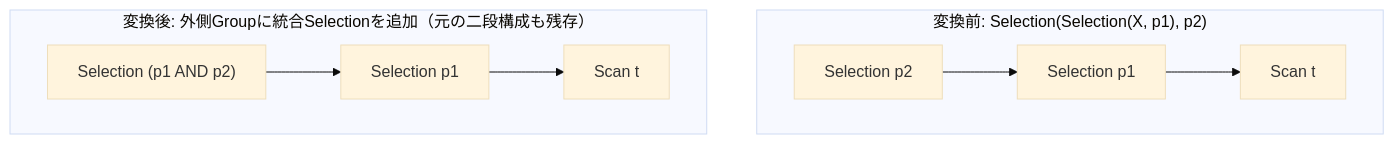
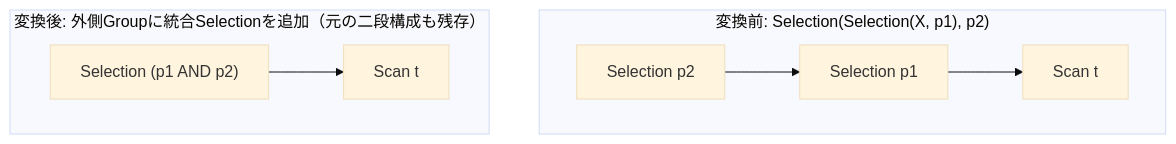
One commit to kumagi/tinylamb changed the diagram in docs/opt/part2-rules/logical/merge_selections.md. Above: the diagram before and after it, drawn with Mermaid (base theme). The commit also changed other lines of this file and 559 other files, not shown here.

````diff
--- a/docs/opt/part2-rules/logical/merge_selections.md
+++ b/docs/opt/part2-rules/logical/merge_selections.md
@@ -14,9 +14,9 @@
 ```mermaid
 graph TD
   subgraph before["変換前: Selection(Selection(X, p1), p2)"]
     S1["Selection p2"] --> S2["Selection p1"] --> X["Scan t"]
   end
   subgraph after["変換後: 外側Groupに統合Selectionを追加（元の二段構成も残存）"]
-    S3["Selection (p1 AND p2)"] --> S4["Selection p1"] --> X2["Scan t"]
+    S3["Selection (p1 AND p2)"] --> X2["Scan t"]
   end
 ```
````
